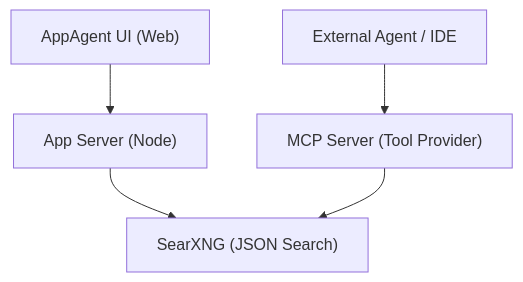
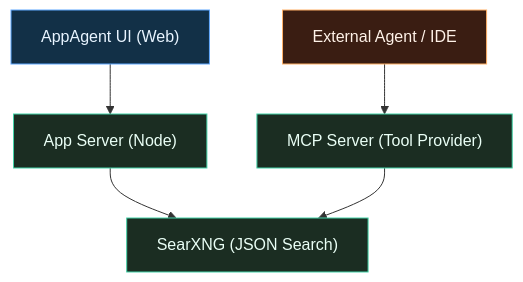
The second of 3 diagrams in README.md (zvspuentus-rgb/Argentic-Search-Lab), drawn with Mermaid before and after one commit. The commit also changed other lines of this file and 1 other file, not shown here.

````diff
--- a/README.md
+++ b/README.md
@@ -134,7 +142,13 @@
 ```mermaid
 flowchart TB
     UI["AppAgent UI (Web)"] --> APP["App Server (Node)"]
     APP --> SX["SearXNG (JSON Search)"]
     MCP["MCP Server (Tool Provider)"] --> SX
     EXT["External Agent / IDE"] --> MCP
+    classDef ui fill:#123047,stroke:#5fa8ff,color:#e8f4ff,stroke-width:1px;
+    classDef infra fill:#1b2d22,stroke:#43d3a8,color:#eafff6,stroke-width:1px;
+    classDef ext fill:#3a1d12,stroke:#ffb067,color:#fff2e8,stroke-width:1px;
+    class UI ui;
+    class APP,SX,MCP infra;
+    class EXT ext;
 ```
````
